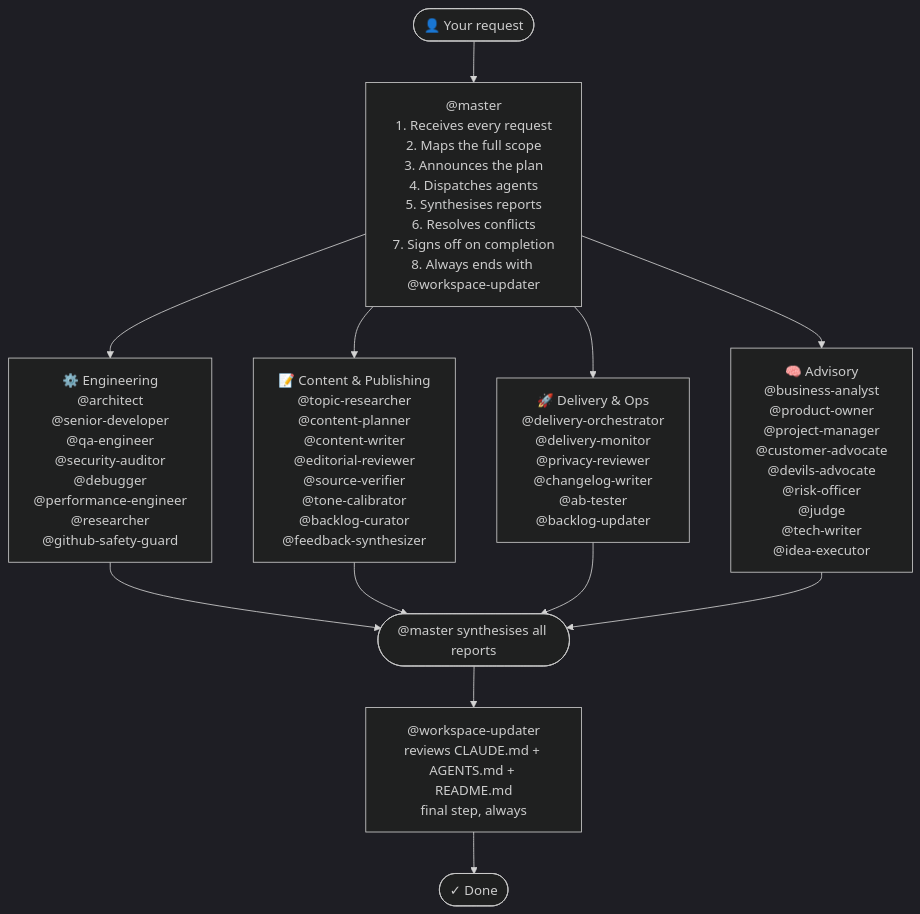
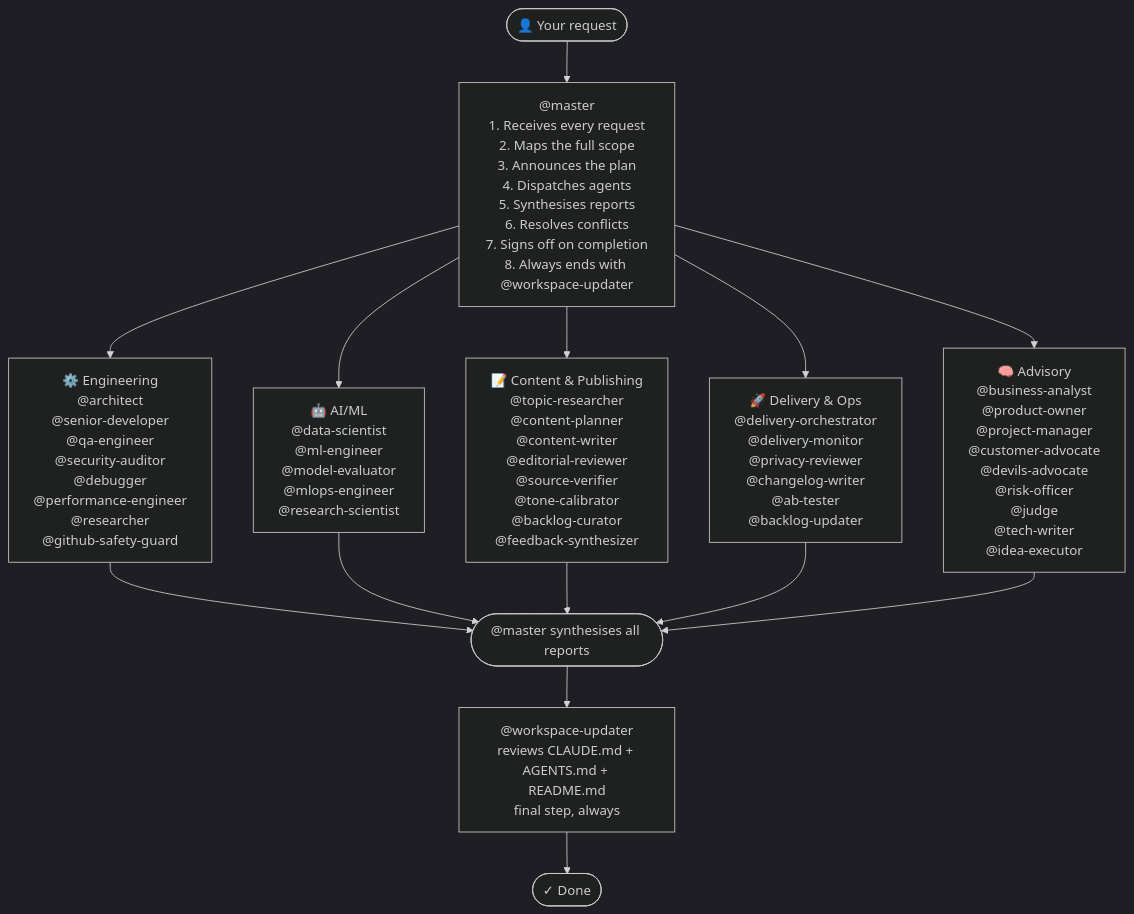
One commit to Konstantinos-Sakellariou/claude-team-kit changed the diagram in README.md. Above: the diagram before and after it, drawn with Mermaid (dark theme). The commit also changed other lines of this file and 20 other files, not shown here.

````diff
--- a/README.md
+++ b/README.md
@@ -59,23 +59,25 @@
 ```mermaid
 flowchart TD
     USER(["👤 Your request"])
     USER --> MASTER
 
     MASTER["@master\n1. Receives every request\n2. Maps the full scope\n3. Announces the plan\n4. Dispatches agents\n5. Synthesises reports\n6. Resolves conflicts\n7. Signs off on completion\n8. Always ends with @workspace-updater"]
 
     MASTER --> ENG["⚙️ Engineering\n@architect\n@senior-developer\n@qa-engineer\n@security-auditor\n@debugger\n@performance-engineer\n@researcher\n@github-safety-guard"]
+    MASTER --> ML["🤖 AI/ML\n@data-scientist\n@ml-engineer\n@model-evaluator\n@mlops-engineer\n@research-scientist"]
 
     MASTER --> CONT["📝 Content & Publishing\n@topic-researcher\n@content-planner\n@content-writer\n@editorial-reviewer\n@source-verifier\n@tone-calibrator\n@backlog-curator\n@feedback-synthesizer"]
 
     MASTER --> DELIV["🚀 Delivery & Ops\n@delivery-orchestrator\n@delivery-monitor\n@privacy-reviewer\n@changelog-writer\n@ab-tester\n@backlog-updater"]
 
     MASTER --> ADV["🧠 Advisory\n@business-analyst\n@product-owner\n@project-manager\n@customer-advocate\n@devils-advocate\n@risk-officer\n@judge\n@tech-writer\n@idea-executor"]
 
     ENG --> SYNTH(["@master synthesises all reports"])
+    ML --> SYNTH
     CONT --> SYNTH
     DELIV --> SYNTH
     ADV --> SYNTH
 
     SYNTH --> WU["@workspace-updater\nreviews CLAUDE.md + AGENTS.md + README.md\nfinal step, always"]
     WU --> DONE(["✓ Done"])
 ```
````
